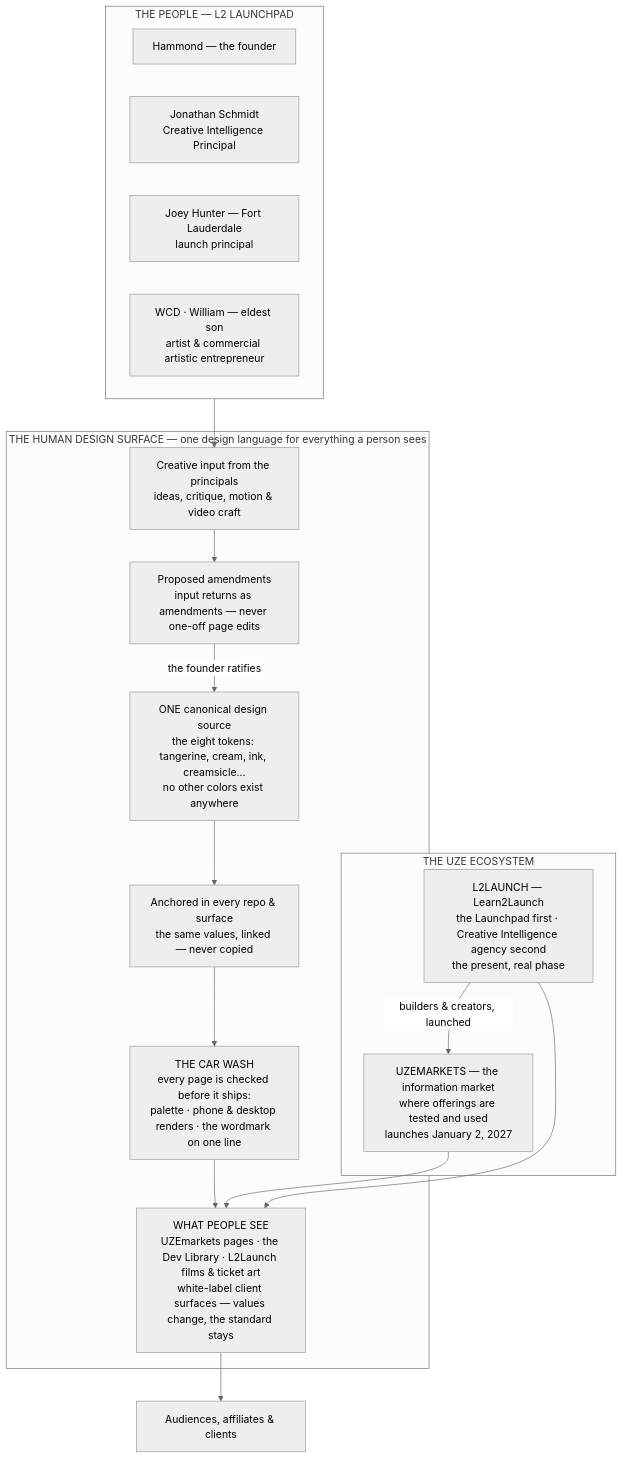
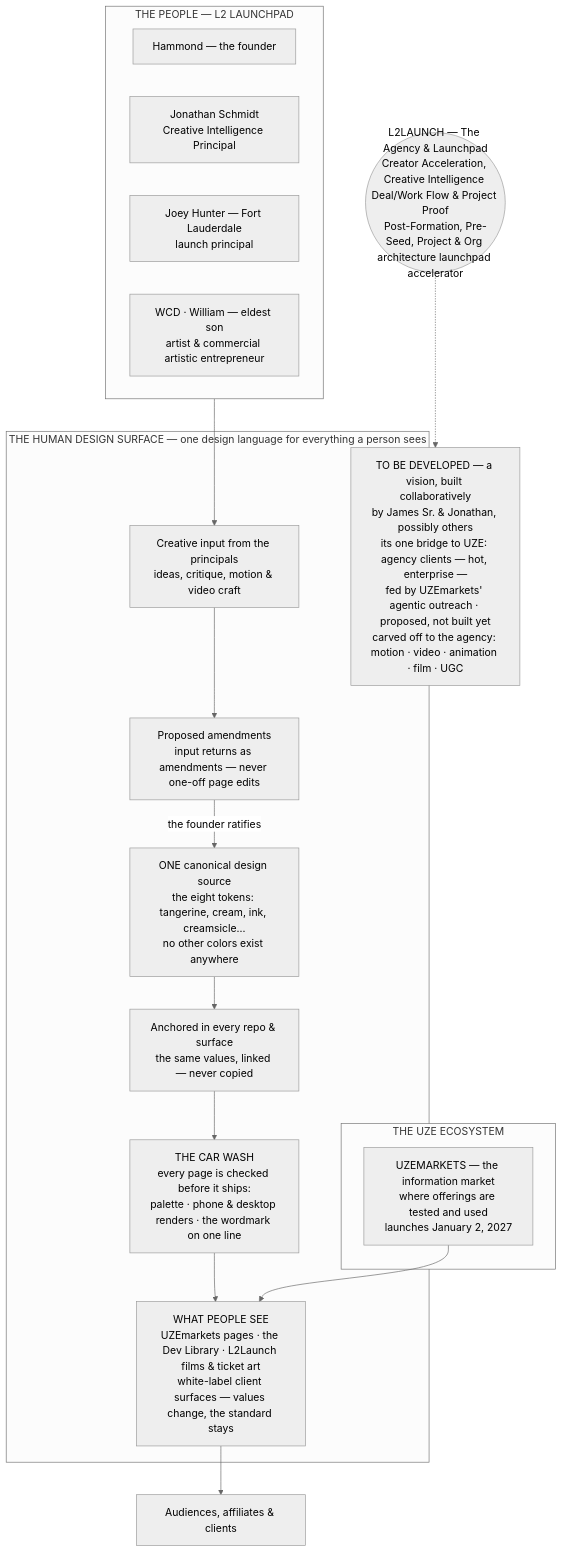
The first of 3 diagrams in docs/design-surfaces/diagrams-jonathan.md (DEVBUILDSTACK/UZE), drawn with Mermaid (neutral theme) before and after one commit. The commit also changed other lines of this file and 7 other files, not shown here.

First line of the commit message:
L2Launch becomes an island (James, 2026-11-19) — Draft proposal v0.1

````diff
--- a/docs/design-surfaces/diagrams-jonathan.md
+++ b/docs/design-surfaces/diagrams-jonathan.md
@@ -21,36 +23,37 @@
 ```mermaid
 flowchart TD
     subgraph PEOPLE["THE PEOPLE — L2 LAUNCHPAD"]
         H["Hammond — the founder"]
         JS["Jonathan Schmidt<br/>Creative Intelligence Principal"]
         JH["Joey Hunter — Fort Lauderdale<br/>launch principal"]
         W["WCD · William — eldest son<br/>artist & commercial artistic entrepreneur"]
     end
 
     subgraph ECO["THE UZE ECOSYSTEM"]
-        L2L["L2LAUNCH — Learn2Launch<br/>the Launchpad first · Creative Intelligence agency second<br/>the present, real phase"]
         UZE["UZEMARKETS — the information market<br/>where offerings are tested and used<br/>launches January 2, 2027"]
     end
+
+    L2L(("L2LAUNCH — The Agency & Launchpad<br/>Creator Acceleration, Creative Intelligence Deal/Work Flow &amp; Project Proof<br/>Post-Formation, Pre-Seed, Project &amp; Org architecture launchpad accelerator"))
+    VIS1["TO BE DEVELOPED — a vision, built collaboratively<br/>by James Sr. &amp; Jonathan, possibly others<br/>its one bridge to UZE: agency clients — hot, enterprise —<br/>fed by UZEmarkets' agentic outreach · proposed, not built yet<br/>carved off to the agency: motion · video · animation · film · UGC"]
+    L2L -.-> VIS1
 
     subgraph HUMAN["THE HUMAN DESIGN SURFACE — one design language for everything a person sees"]
         INPUT["Creative input from the principals<br/>ideas, critique, motion & video craft"]
         AMEND["Proposed amendments<br/>input returns as amendments — never one-off page edits"]
         TOKENS["ONE canonical design source<br/>the eight tokens: tangerine, cream, ink, creamsicle…<br/>no other colors exist anywhere"]
         ANCHOR["Anchored in every repo & surface<br/>the same values, linked — never copied"]
         WASH["THE CAR WASH<br/>every page is checked before it ships:<br/>palette · phone & desktop renders · the wordmark on one line"]
         SEEN["WHAT PEOPLE SEE<br/>UZEmarkets pages · the Dev Library · L2Launch films & ticket art<br/>white-label client surfaces — values change, the standard stays"]
     end
 
     AUD["Audiences, affiliates & clients"]
 
     PEOPLE --> INPUT
     INPUT --> AMEND
     AMEND -->|"the founder ratifies"| TOKENS
     TOKENS --> ANCHOR
     ANCHOR --> WASH
     WASH --> SEEN
     SEEN --> AUD
-    L2L -->|"builders & creators, launched"| UZE
     UZE --> SEEN
-    L2L --> SEEN
 ```
````
